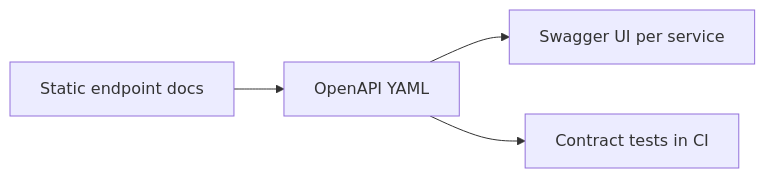
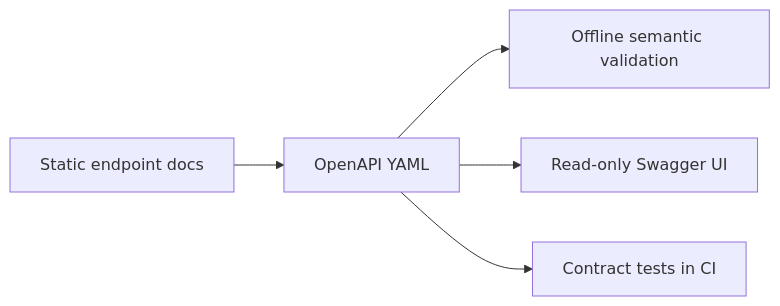
The diagram in docs/api-reference.md (J4vedskh/finbank-microservices-lab), drawn with Mermaid before and after one commit. The commit also changed other lines of this file and 19 other files, not shown here.

Commit message:
Add read-only Swagger API explorer (#26)

````diff
--- a/docs/api-reference.md
+++ b/docs/api-reference.md
@@ -204,6 +209,7 @@
 ```mermaid
 flowchart LR
     StaticDocs["Static endpoint docs"] --> OpenAPI["OpenAPI YAML"]
-    OpenAPI --> SwaggerUI["Swagger UI per service"]
+    OpenAPI --> Validation["Offline semantic validation"]
+    OpenAPI --> SwaggerUI["Read-only Swagger UI"]
     OpenAPI --> ContractTests["Contract tests in CI"]
 ```
````
